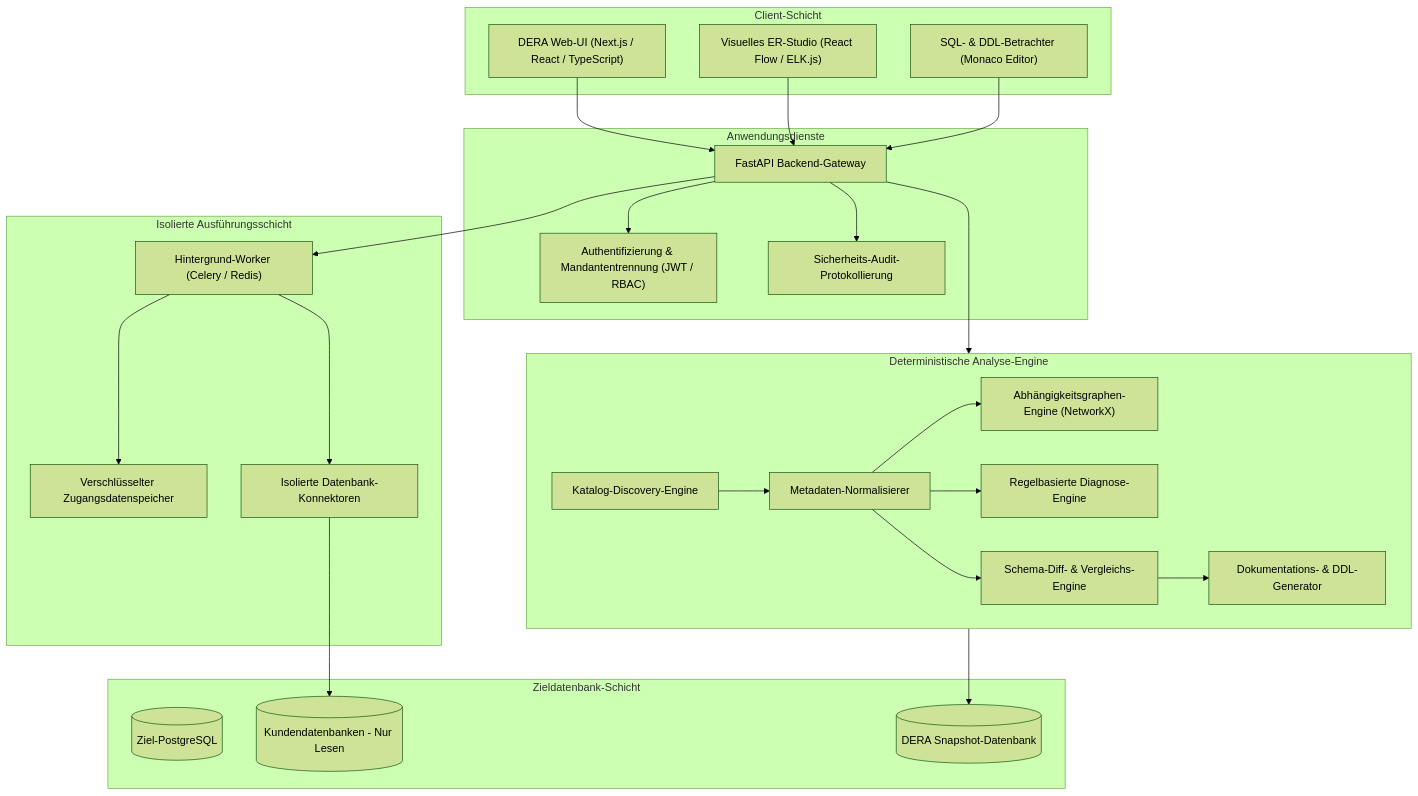
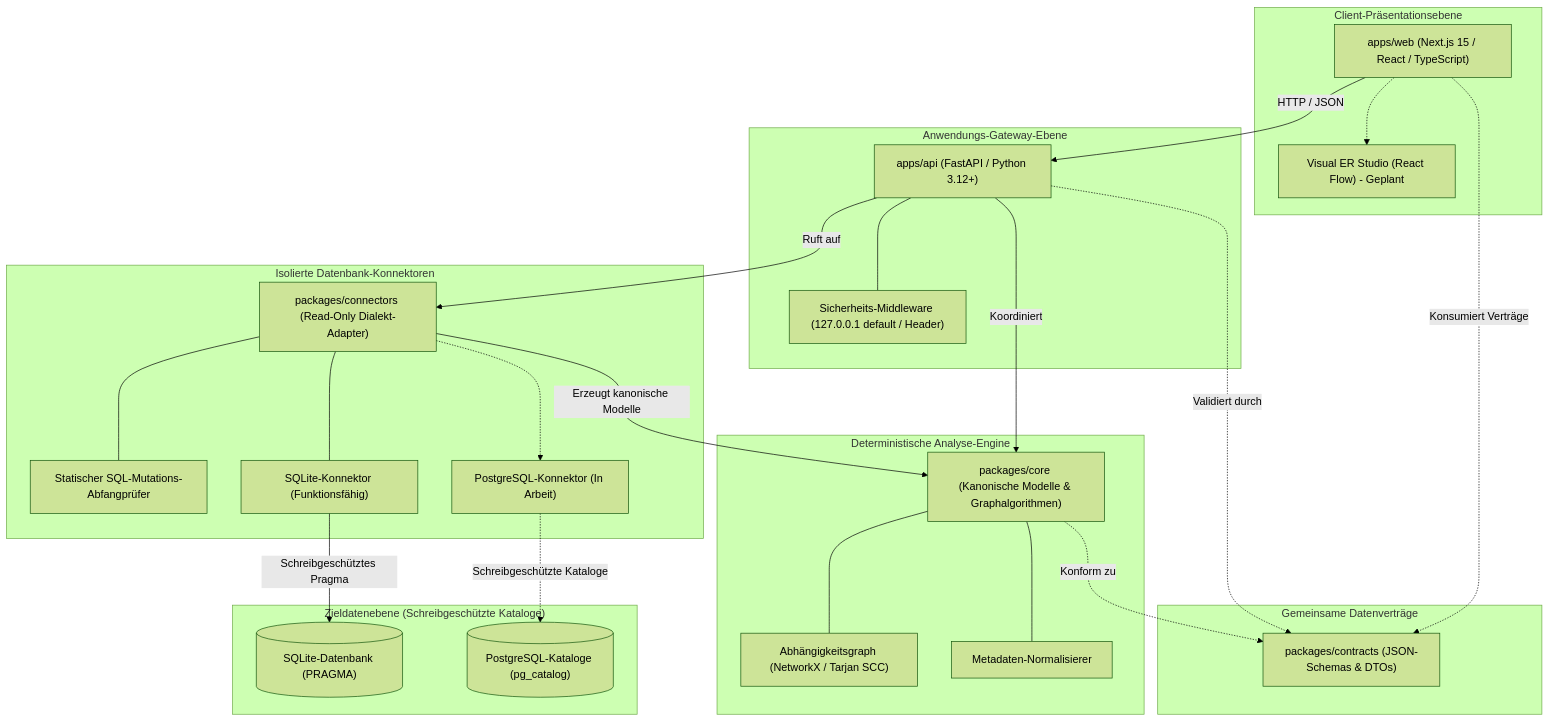
One commit to krishanth7/dera changed the diagram in docs/i18n/README.de.md. Above: the diagram before and after it, drawn with Mermaid (forest theme). The commit also changed other lines of this file and 4 other files, not shown here.

````diff
--- a/docs/i18n/README.de.md
+++ b/docs/i18n/README.de.md
@@ -200,52 +148,51 @@
 ```mermaid
 flowchart TD
-    subgraph Client["Client-Schicht"]
-        UI["DERA Web-UI (Next.js / React / TypeScript)"]
-        ERD["Visuelles ER-Studio (React Flow / ELK.js)"]
-        Monaco["SQL- & DDL-Betrachter (Monaco Editor)"]
+    subgraph Client_Tier["Client-Präsentationsebene"]
+        WEB["apps/web (Next.js 15 / React / TypeScript)"]
+        STUDIO["Visual ER Studio (React Flow) - Geplant"]
+        WEB -.-> STUDIO
     end
 
-    subgraph Gateway["Anwendungsdienste"]
-        API["FastAPI Backend-Gateway"]
-        Auth["Authentifizierung & Mandantentrennung (JWT / RBAC)"]
-        Audit["Sicherheits-Audit-Protokollierung"]
+    subgraph API_Tier["Anwendungs-Gateway-Ebene"]
+        API["apps/api (FastAPI / Python 3.12+)"]
+        MW["Sicherheits-Middleware (127.0.0.1 default / Header)"]
+        API --- MW
     end
 
-    subgraph Core["Deterministische Analyse-Engine"]
-        Discovery["Katalog-Discovery-Engine"]
-        Normalizer["Metadaten-Normalisierer"]
-        GraphEngine["Abhängigkeitsgraphen-Engine (NetworkX)"]
-        DiagEngine["Regelbasierte Diagnose-Engine"]
-        DiffEngine["Schema-Diff- & Vergleichs-Engine"]
-        ExportEngine["Dokumentations- & DDL-Generator"]
+    subgraph Contracts_Tier["Gemeinsame Datenverträge"]
+        CONTRACTS["packages/contracts (JSON-Schemas & DTOs)"]
     end
 
-    subgraph Worker["Isolierte Ausführungsschicht"]
-        Celery["Hintergrund-Worker (Celery / Redis)"]
-        Vault["Verschlüsselter Zugangsdatenspeicher"]
-        Connectors["Isolierte Datenbank-Konnektoren"]
+    subgraph Core_Tier["Deterministische Analyse-Engine"]
+        CORE["packages/core (Kanonische Modelle & Graphalgorithmen)"]
+        DAG["Abhängigkeitsgraph (NetworkX / Tarjan SCC)"]
+        NORM["Metadaten-Normalisierer"]
+        CORE --- DAG
+        CORE --- NORM
     end
 
-    subgraph Databases["Zieldatenbank-Schicht"]
-        PG[(Ziel-PostgreSQL)]
-        CustomerDB[(Kundendatenbanken - Nur Lesen)]
-        Storage[(DERA Snapshot-Datenbank)]
+    subgraph Connectors_Tier["Isolierte Datenbank-Konnektoren"]
+        CONN["packages/connectors (Read-Only Dialekt-Adapter)"]
+        GUARD["Statischer SQL-Mutations-Abfangprüfer"]
+        SQLITE["SQLite-Konnektor (Funktionsfähig)"]
+        PG["PostgreSQL-Konnektor (In Arbeit)"]
+        CONN --- GUARD
+        CONN --- SQLITE
+        CONN -.-> PG
     end
 
-    UI --> API
-    ERD --> API
-    Monaco --> API
-    API --> Auth
-    API --> Audit
-    API --> Core
-    API --> Celery
-    Celery --> Vault
-    Celery --> Connectors
-    Connectors --> CustomerDB
-    Core --> Storage
-    Discovery --> Normalizer
-    Normalizer --> GraphEngine
-    Normalizer --> DiagEngine
-    Normalizer --> DiffEngine
-    DiffEngine --> ExportEngine
+    subgraph Target_DBs["Zieldatenebene (Schreibgeschützte Kataloge)"]
+        TARGET_SQLITE[("SQLite-Datenbank (PRAGMA)")]
+        TARGET_PG[("PostgreSQL-Kataloge (pg_catalog)")]
+    end
+
+    WEB -->|HTTP / JSON| API
+    WEB -.->|Konsumiert Verträge| CONTRACTS
+    API -->|Koordiniert| CORE
+    API -->|Ruft auf| CONN
+    API -.->|Validiert durch| CONTRACTS
+    CORE -.->|Konform zu| CONTRACTS
+    CONN -->|Erzeugt kanonische Modelle| CORE
+    SQLITE -->|Schreibgeschütztes Pragma| TARGET_SQLITE
+    PG -.->|Schreibgeschützte Kataloge| TARGET_PG
 ```
````
